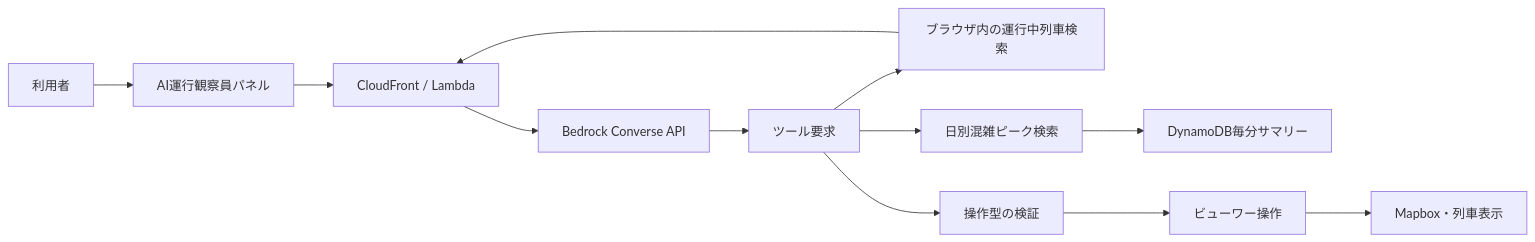
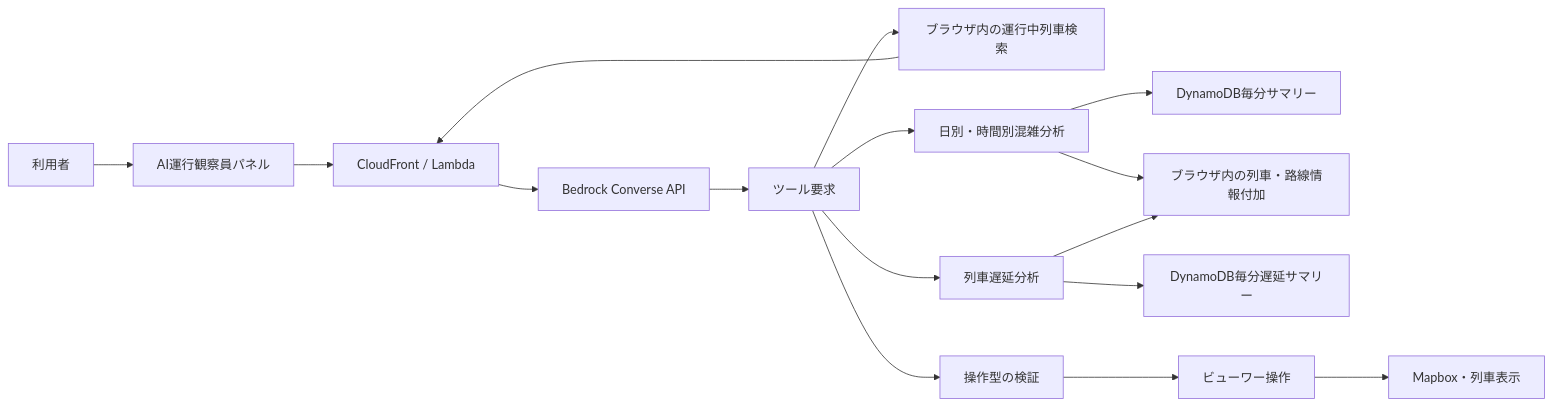
The diagram in docs/architecture/ai-operations-guide.md (ymho/transitforge), drawn with Mermaid before and after one commit. The commit also changed other lines of this file and 40 other files, not shown here.

````diff
--- a/docs/architecture/ai-operations-guide.md
+++ b/docs/architecture/ai-operations-guide.md
@@ -18,14 +19,18 @@
 ```mermaid
 flowchart LR
   U[利用者] --> P[AI運行観察員パネル]
   P --> A[CloudFront / Lambda]
   A --> B[Bedrock Converse API]
   B --> T[ツール要求]
   T --> S[ブラウザ内の運行中列車検索]
-  T --> H[日別混雑ピーク検索]
+  T --> H[日別・時間別混雑分析]
   H --> D[DynamoDB毎分サマリー]
+  H --> E[ブラウザ内の列車・路線情報付加]
+  T --> L[列車遅延分析]
+  L --> DD[DynamoDB毎分遅延サマリー]
+  L --> E
   T --> V[操作型の検証]
   V --> C[ビューワー操作]
   C --> M[Mapbox・列車表示]
   S --> A
 ```
````
